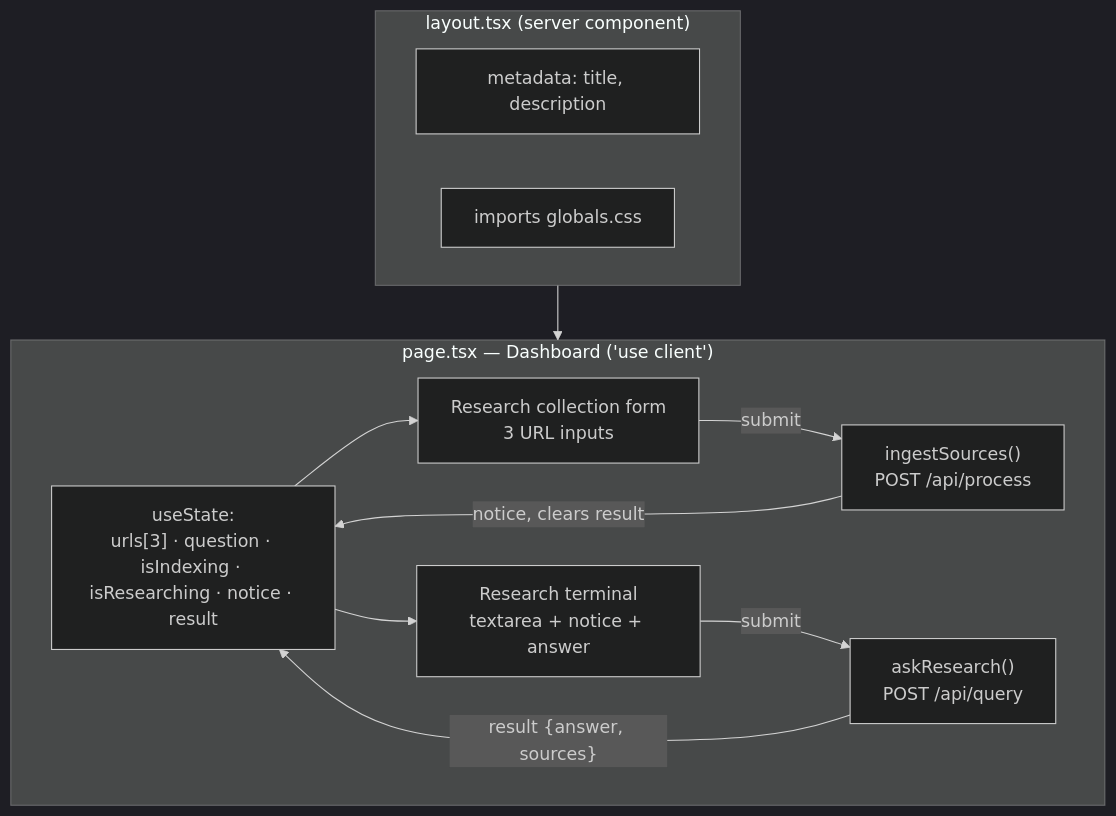
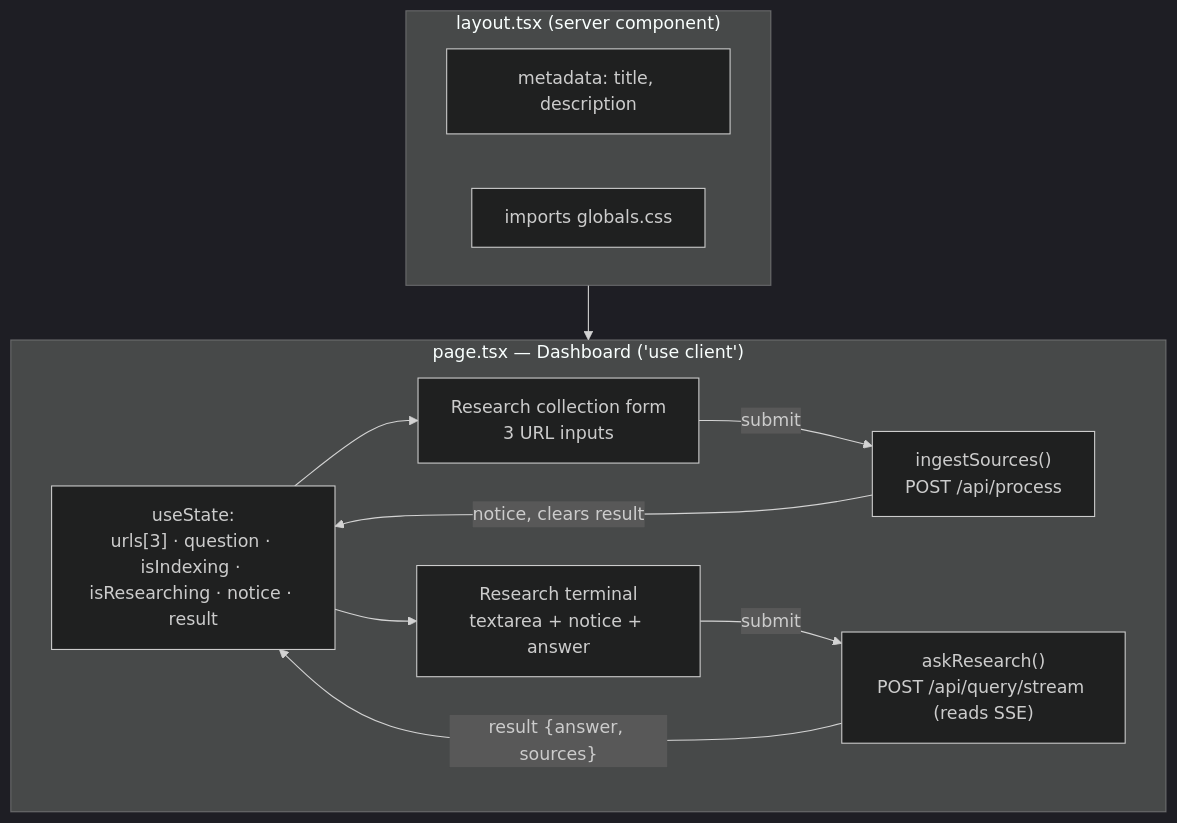
One commit to devanshsingh24/ai-financial-research-tool changed the seventh of 9 diagrams in docs/arch.md. Above: the diagram before and after it, drawn with Mermaid (dark theme). The commit also changed other lines of this file and 6 other files, not shown here.

````diff
--- a/docs/arch.md
+++ b/docs/arch.md
@@ -226,21 +259,21 @@
 ```mermaid
 flowchart TD
     subgraph Layout["layout.tsx (server component)"]
         Meta["metadata: title, description"]
         CSS["imports globals.css"]
     end
     subgraph Page["page.tsx — Dashboard ('use client')"]
         State["useState:<br/>urls[3] · question · isIndexing · isResearching · notice · result"]
         Ingest["ingestSources()<br/>POST /api/process"]
-        Ask["askResearch()<br/>POST /api/query"]
+        Ask["askResearch()<br/>POST /api/query/stream (reads SSE)"]
         UI1["Research collection form<br/>3 URL inputs"]
         UI2["Research terminal<br/>textarea + notice + answer"]
     end
     Layout --> Page
     UI1 -- submit --> Ingest
     UI2 -- submit --> Ask
     Ingest -- "notice, clears result" --> State
     Ask -- "result {answer, sources}" --> State
     State --> UI1
     State --> UI2
 ```
````
